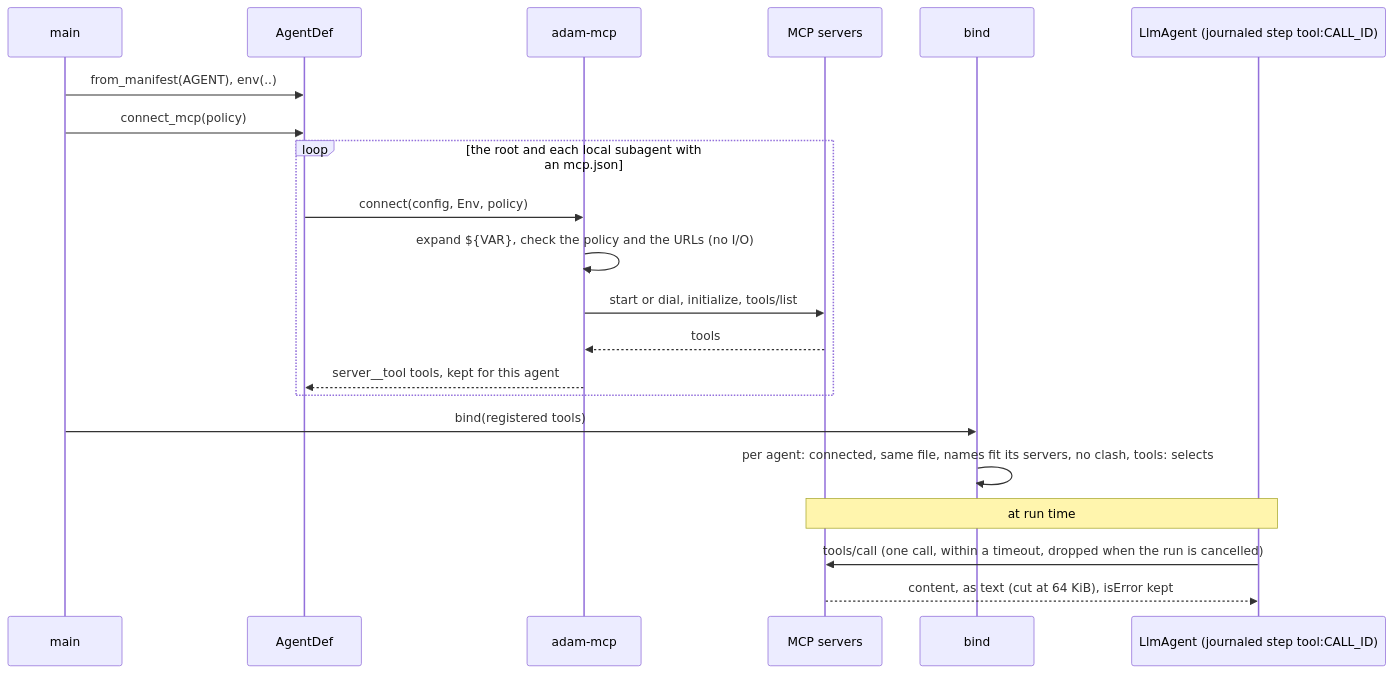
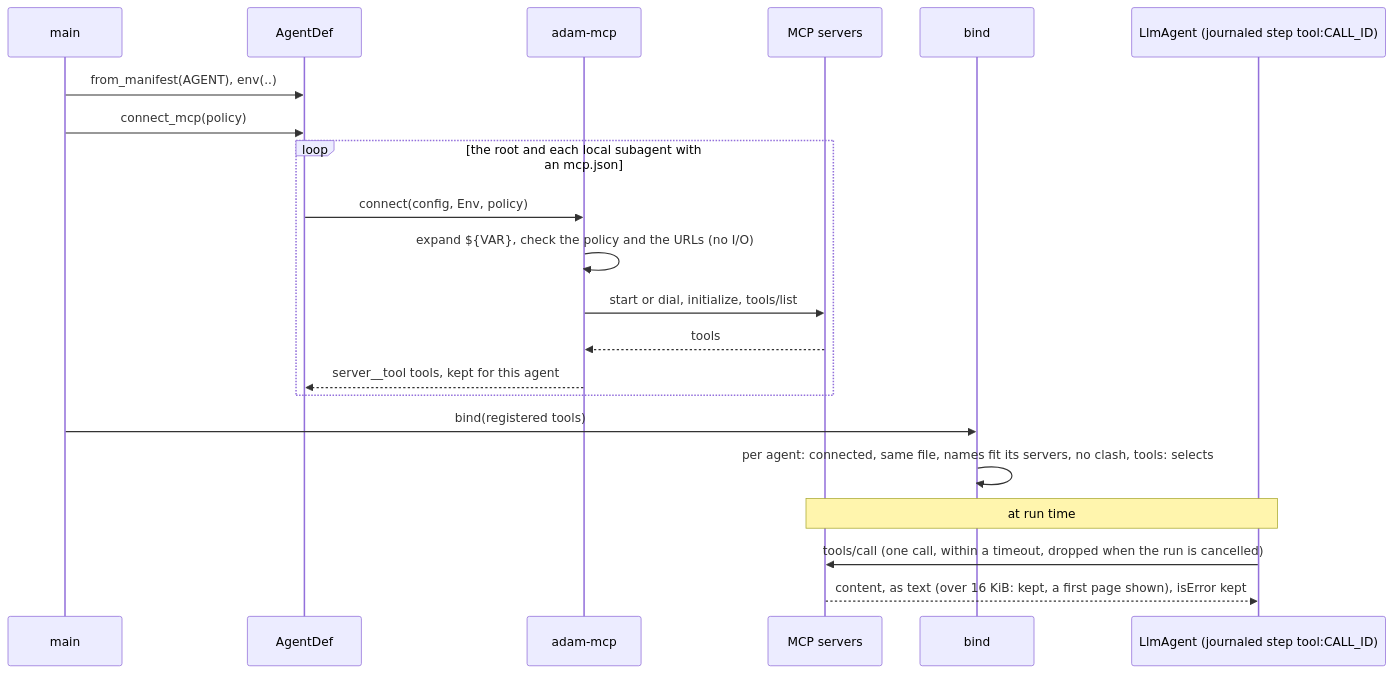
The ninth of 12 diagrams in docs/reference/agent-files.md (vymalo/another-adam-rs), drawn with Mermaid before and after one commit. The commit also changed other lines of this file and 242 other files, not shown here.

````diff
--- a/docs/reference/agent-files.md
+++ b/docs/reference/agent-files.md
@@ -960,23 +1014,23 @@
 ```mermaid
 sequenceDiagram
   participant M as main
   participant D as AgentDef
   participant C as adam-mcp
   participant S as MCP servers
   participant B as bind
   participant J as LlmAgent (journaled step tool:CALL_ID)
   M->>D: from_manifest(AGENT), env(..)
   M->>D: connect_mcp(policy)
   loop the root and each local subagent with an mcp.json
     D->>C: connect(config, Env, policy)
     C->>C: expand ${VAR}, check the policy and the URLs (no I/O)
     C->>S: start or dial, initialize, tools/list
     S-->>C: tools
     C-->>D: server__tool tools, kept for this agent
   end
   M->>B: bind(registered tools)
   B->>B: per agent: connected, same file, names fit its servers, no clash, tools: selects
   Note over J,S: at run time
   J->>S: tools/call (one call, within a timeout, dropped when the run is cancelled)
-  S-->>J: content, as text (cut at 64 KiB), isError kept
+  S-->>J: content, as text (over 16 KiB: kept, a first page shown), isError kept
 ```
````
